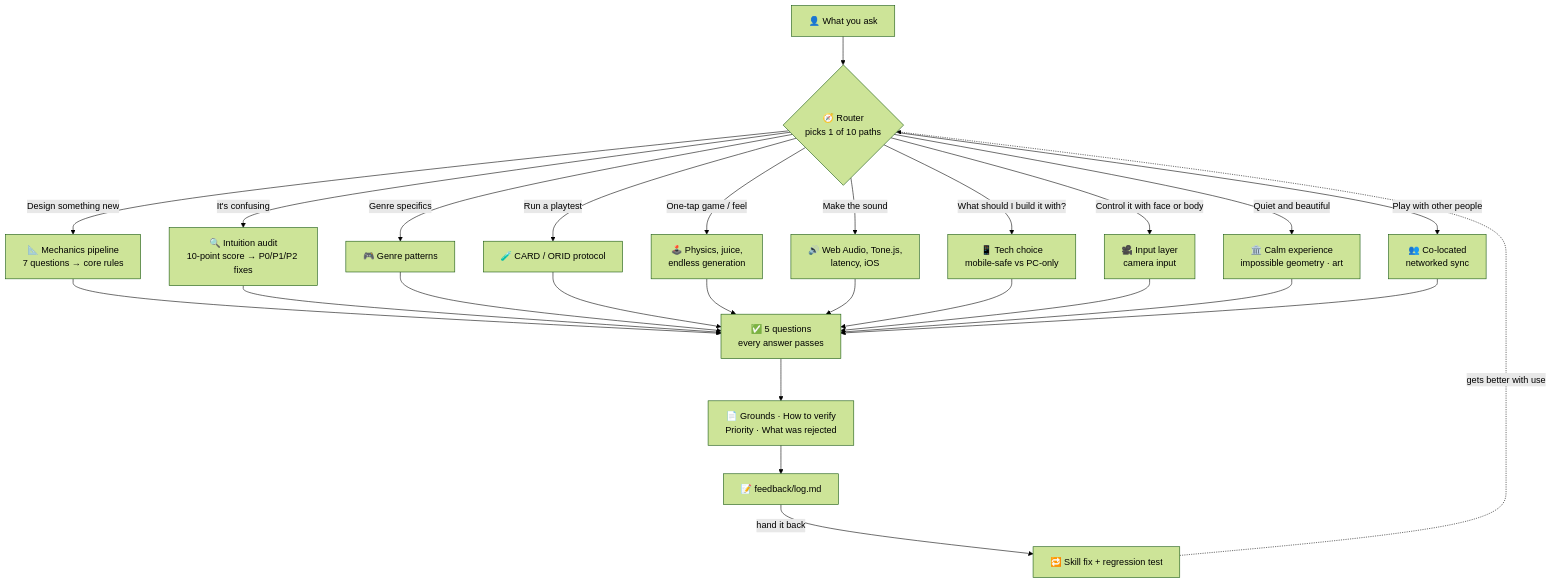
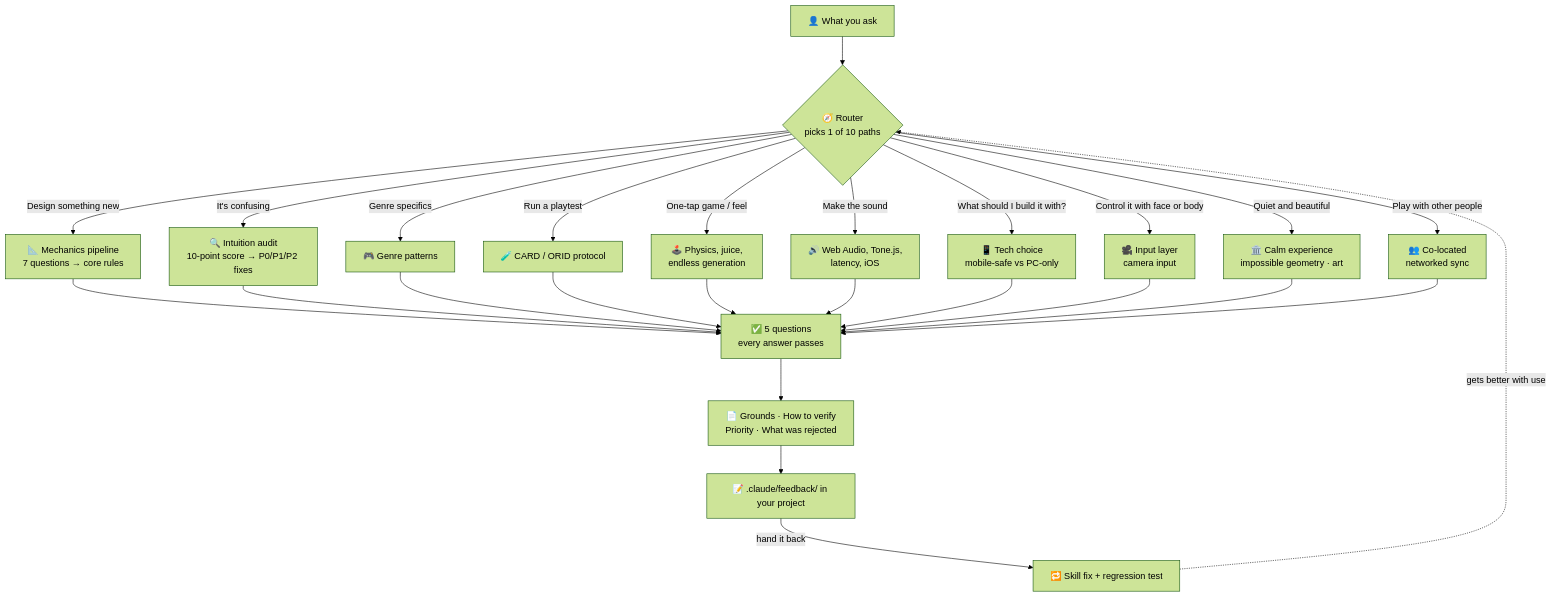
The diagram in README.md (takaoumehara/intuitive-game-design-skill), drawn with Mermaid (forest theme) before and after one commit. The commit also changed other lines of this file and 45 other files, not shown here.

````diff
--- a/README.md
+++ b/README.md
@@ -24,21 +27,21 @@
 ```mermaid
 flowchart TD
     U["👤 What you ask"] --> R{"🧭 Router<br/>picks 1 of 10 paths"}
 
     R -->|"Design something new"| A["📐 Mechanics pipeline<br/>7 questions → core rules"]
     R -->|"It's confusing"| B["🔍 Intuition audit<br/>10-point score → P0/P1/P2 fixes"]
     R -->|"Genre specifics"| C["🎮 Genre patterns"]
     R -->|"Run a playtest"| D["🧪 CARD / ORID protocol"]
     R -->|"One-tap game / feel"| E["🕹️ Physics, juice,<br/>endless generation"]
     R -->|"Make the sound"| F["🔊 Web Audio, Tone.js,<br/>latency, iOS"]
     R -->|"What should I build it with?"| G["📱 Tech choice<br/>mobile-safe vs PC-only"]
     R -->|"Control it with face or body"| H["🎥 Input layer<br/>camera input"]
     R -->|"Quiet and beautiful"| I["🏛️ Calm experience<br/>impossible geometry · art"]
     R -->|"Play with other people"| J["👥 Co-located<br/>networked sync"]
 
     A & B & C & D & E & F & G & H & I & J --> Q["✅ 5 questions<br/>every answer passes"]
     Q --> O["📄 Grounds · How to verify<br/>Priority · What was rejected"]
-    O --> L["📝 feedback/log.md"]
+    O --> L["📝 .claude/feedback/ in your project"]
     L -->|"hand it back"| FIX["🔁 Skill fix + regression test"]
     FIX -.->|"gets better with use"| R
 ```
````
